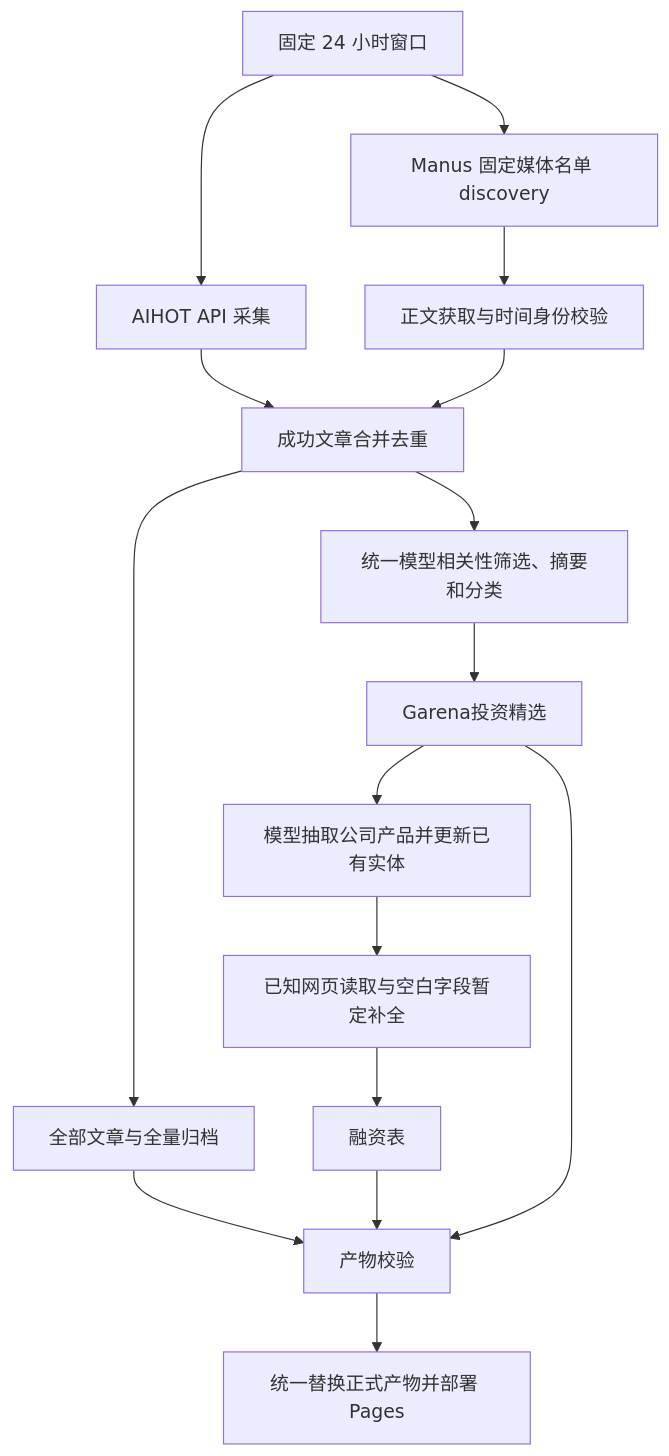
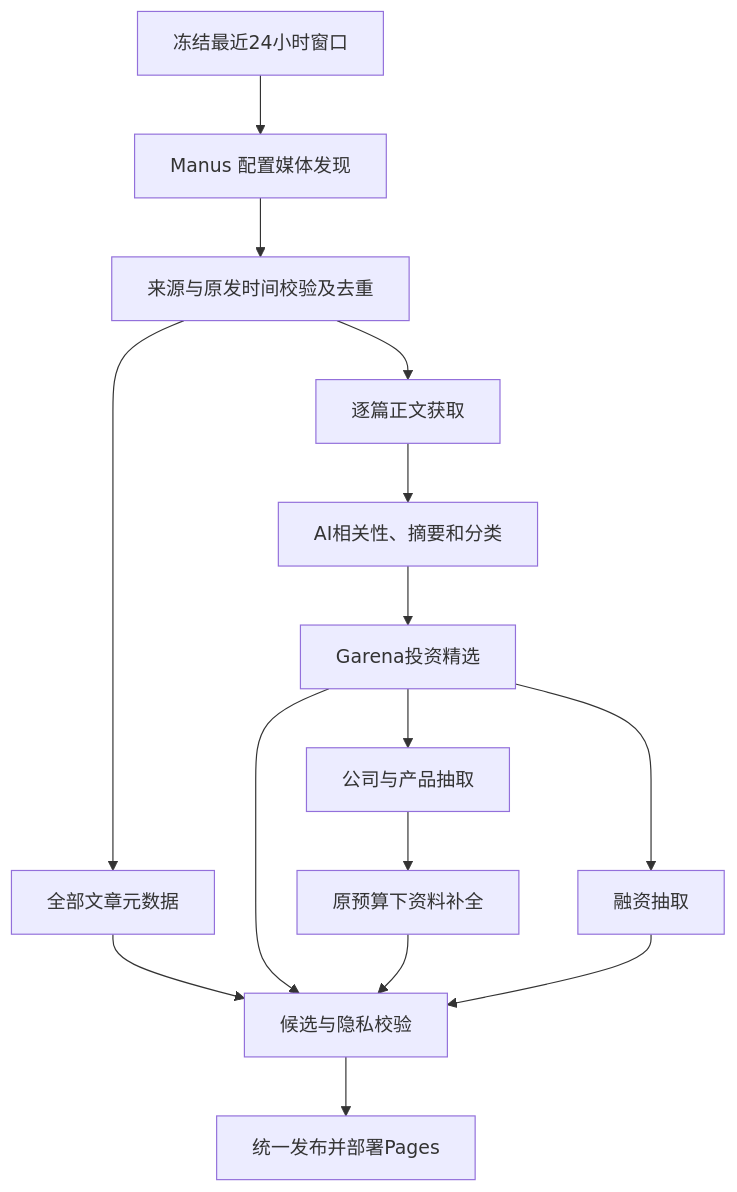
One commit to hfshooting-alt/AI-HOT changed the diagram in docs/architecture/UNIFIED_NEWS_PIPELINE.md. Above: the diagram before and after it, drawn with Mermaid. The commit also changed other lines of this file and 186 other files, not shown here.

Commit message:
feat: launch News Daily with Manus-only article discovery and reviewed data

````diff
--- a/docs/architecture/UNIFIED_NEWS_PIPELINE.md
+++ b/docs/architecture/UNIFIED_NEWS_PIPELINE.md
@@ -29,18 +29,17 @@
 ```mermaid
 flowchart TD
-    Start[固定 24 小时窗口] --> AIHOT[AIHOT API 采集]
-    Start --> Manus[Manus 固定媒体名单 discovery]
-    Manus --> Body[正文获取与时间身份校验]
-    AIHOT --> Pool[成功文章合并去重]
-    Body --> Pool
-    Pool --> All[全部文章与全量归档]
-    Pool --> News[统一模型相关性筛选、摘要和分类]
+    Start[冻结最近24小时窗口] --> Manus[Manus 配置媒体发现]
+    Manus --> Gate[来源与原发时间校验及去重]
+    Gate --> All[全部文章元数据]
+    Gate --> Body[逐篇正文获取]
+    Body --> News[AI相关性、摘要和分类]
     News --> Selected[Garena投资精选]
-    Selected --> Companies[模型抽取公司产品并更新已有实体]
-    Companies --> Research[已知网页读取与空白字段暂定补全]
-    Research --> Funding[融资表]
-    Funding --> Gate[产物校验]
-    All --> Gate
-    Selected --> Gate
-    Gate --> Publish[统一替换正式产物并部署 Pages]
+    Selected --> Company[公司与产品抽取]
+    Company --> Research[原预算下资料补全]
+    Selected --> Funding[融资抽取]
+    All --> Review[候选与隐私校验]
+    Selected --> Review
+    Research --> Review
+    Funding --> Review
+    Review --> Publish[统一发布并部署Pages]
 ```
````
